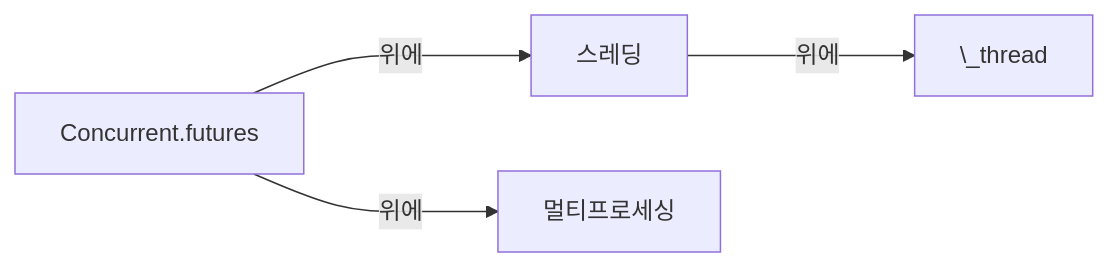
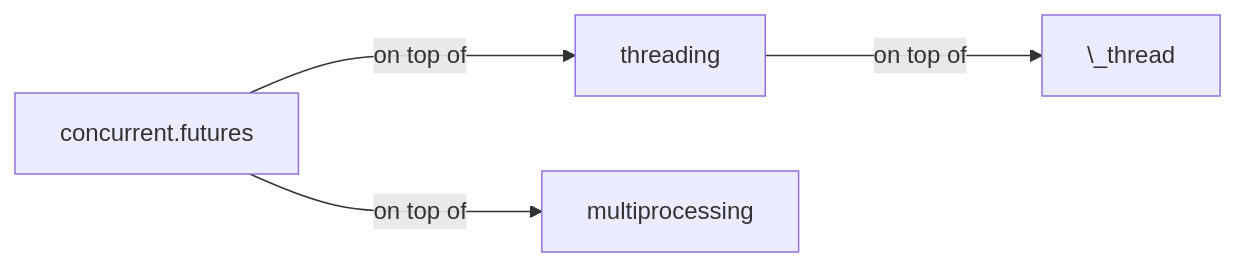
The second of 2 diagrams in _posts/2024-11-01-markdown-example2.md (bbie-6772/bbie-6772.github.io), drawn with Mermaid before and after one commit. The commit also changed other lines of this file and 3 other files, not shown here.

````diff
--- a/_posts/2024-11-01-markdown-example2.md
+++ b/_posts/2024-11-01-markdown-example2.md
@@ -162,7 +162,7 @@
 ```mermaid!
 graph LR
-  Concurrent.futures --->| 위에 | 스레딩
-  Concurrent.futures --->| 위에 | 멀티프로세싱
-  스레딩 --->| 위에 | \_thread
+  concurrent.futures --->| on top of | threading
+  concurrent.futures --->| on top of | multiprocessing
+  threading --->| on top of | \_thread
   click concurrent.futures "https://docs.python.org/3.9/library/concurrent.futures.html" _blank
 ```
````
